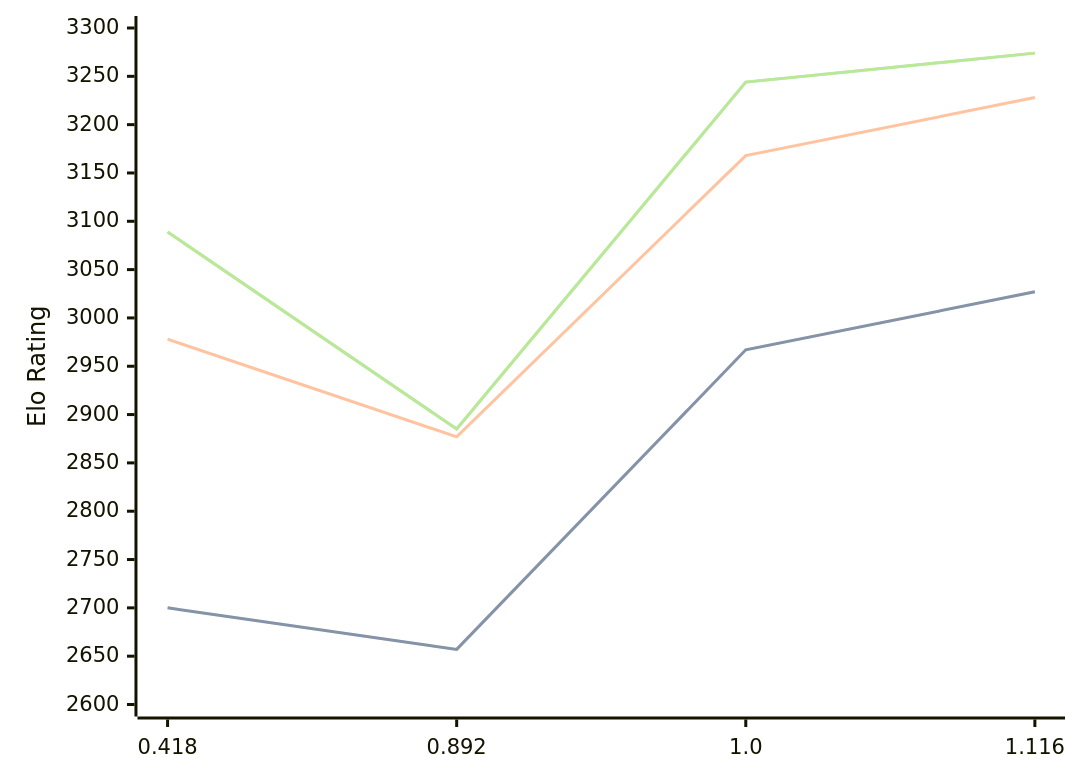
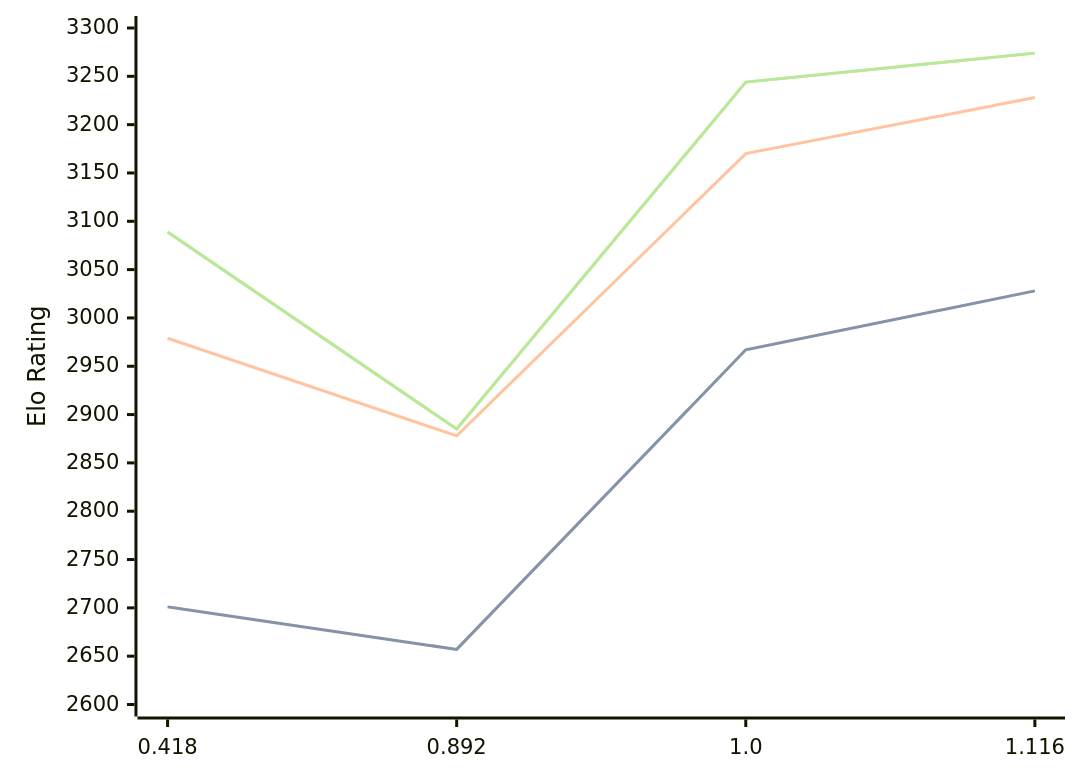
Before and after one commit to computer-chess-index/cci: the third of 3 diagrams in engines/Malika.md, drawn with Mermaid. The commit also changed other lines of this file, not shown here.

````diff
--- a/engines/Malika.md
+++ b/engines/Malika.md
@@ -67,11 +67,11 @@
 ```mermaid
 %%{init: {"theme":"base","themeVariables":{"seriesColors:['#a3a3a3','#222221','#faa371']}}}%%
 xychart-beta
   x-axis ["0.418", "0.892", "1.0", "1.116"]
   y-axis "Elo Rating" 2600 --> 3300
-  line "STC (8.0+0.08s)" [2700, 2657, 2967, 3027]
-  line "STC (8.0+0.08s)" [2700, 2657, 2967, 3027]
-  line "LTC (60.0+0.60s)" [2978, 2877, 3168, 3228]
+  line "STC (8.0+0.08s)" [2701, 2657, 2967, 3028]
+  line "STC (8.0+0.08s)" [2701, 2657, 2967, 3028]
+  line "LTC (60.0+0.60s)" [2979, 2878, 3170, 3228]
   line "VLTC (2m24s+1.12s)" [3089, 2885, 3244, 3274]
   line "VLTC (2m24s+1.12s)" [3089, 2885, 3244, 3274]
 ```
````
